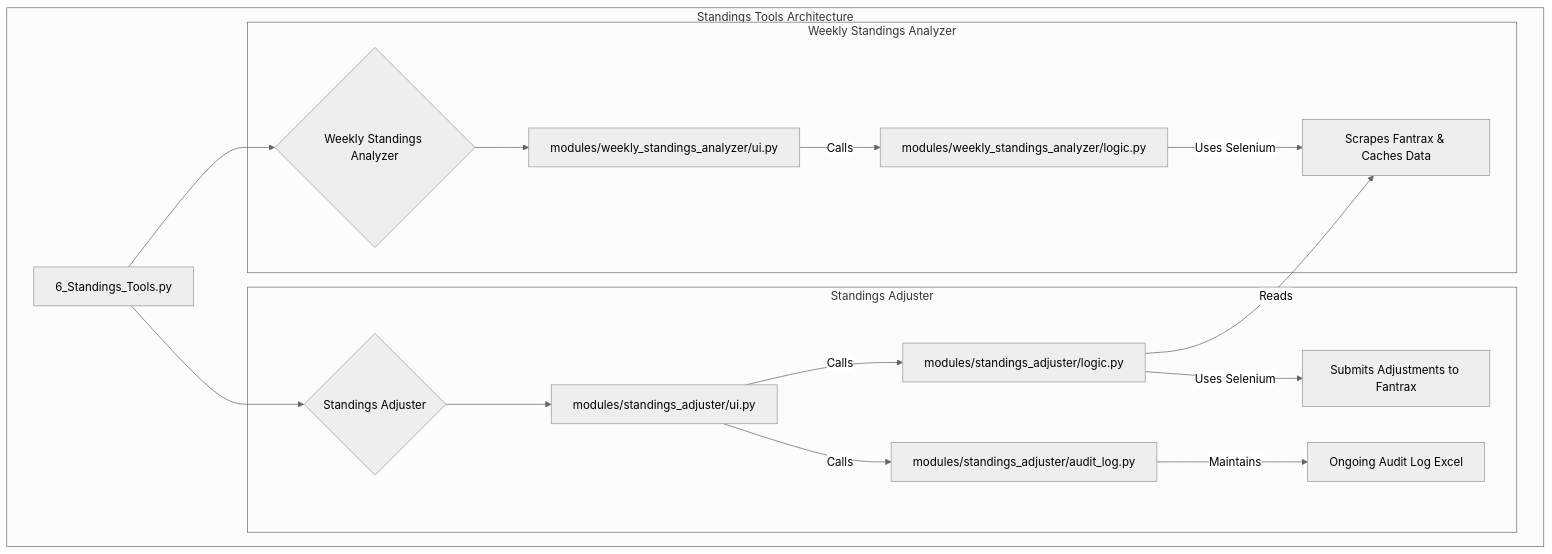
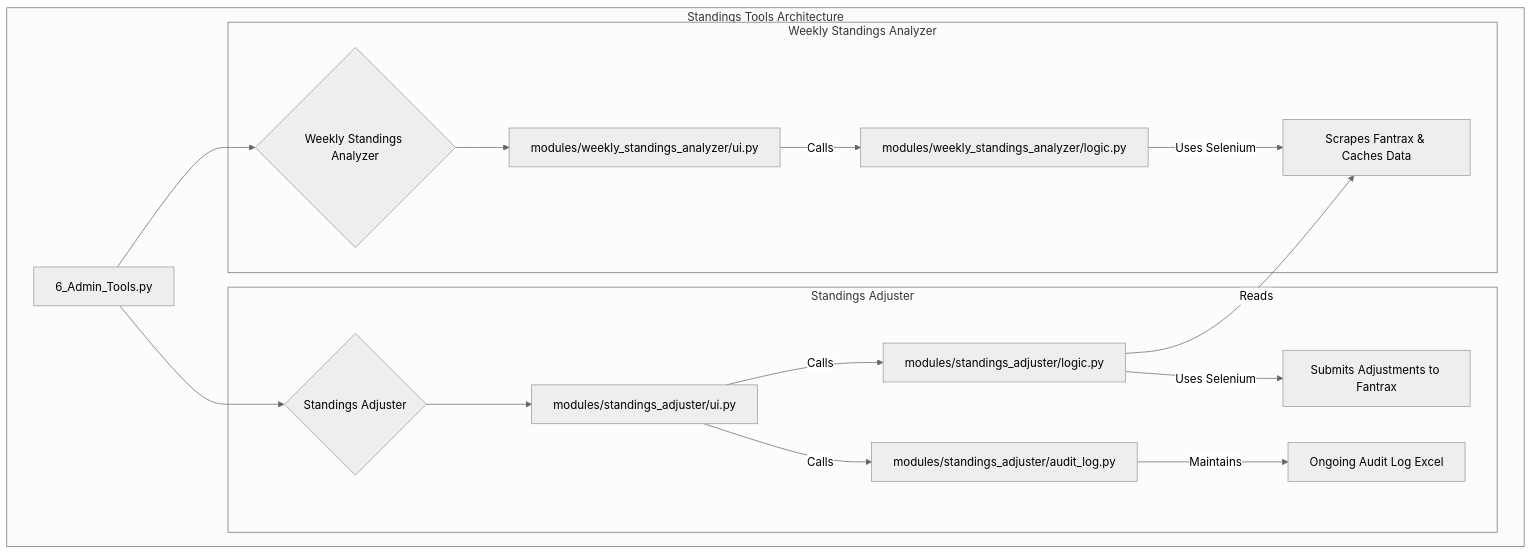
One commit to lwackahg/Fantasy-Project changed the diagram in CascadeProjects/windsurf-project/fantasy-trade-analyzer/plan/deep_dive/190_Feature_Deep_Dive_-_Standings_Tools.md. Above: the diagram before and after it, drawn with Mermaid (neutral theme). The commit also changed other lines of this file and 8 other files, not shown here.

````diff
--- a/CascadeProjects/windsurf-project/fantasy-trade-analyzer/plan/deep_dive/190_Feature_Deep_Dive_-_Standings_Tools.md
+++ b/CascadeProjects/windsurf-project/fantasy-trade-analyzer/plan/deep_dive/190_Feature_Deep_Dive_-_Standings_Tools.md
@@ -21,22 +21,22 @@
 ```mermaid
 graph TD
     subgraph "Standings Tools Architecture"
-        A[6_Standings_Tools.py] --> B{Weekly Standings Analyzer};
+        A[6_Admin_Tools.py] --> B{Weekly Standings Analyzer};
         A --> C{Standings Adjuster};
 
         subgraph "Weekly Standings Analyzer"
             B --> D[modules/weekly_standings_analyzer/ui.py];
             D -- Calls --> E[modules/weekly_standings_analyzer/logic.py];
             E -- Uses Selenium --> F[Scrapes Fantrax & Caches Data];
         end
 
         subgraph "Standings Adjuster"
             C --> G[modules/standings_adjuster/ui.py];
             G -- Calls --> H[modules/standings_adjuster/logic.py];
             G -- Calls --> J[modules/standings_adjuster/audit_log.py];
             H -- Reads --> F;
             H -- Uses Selenium --> I[Submits Adjustments to Fantrax];
             J -- Maintains --> K[Ongoing Audit Log Excel];
         end
     end
 ```
````
